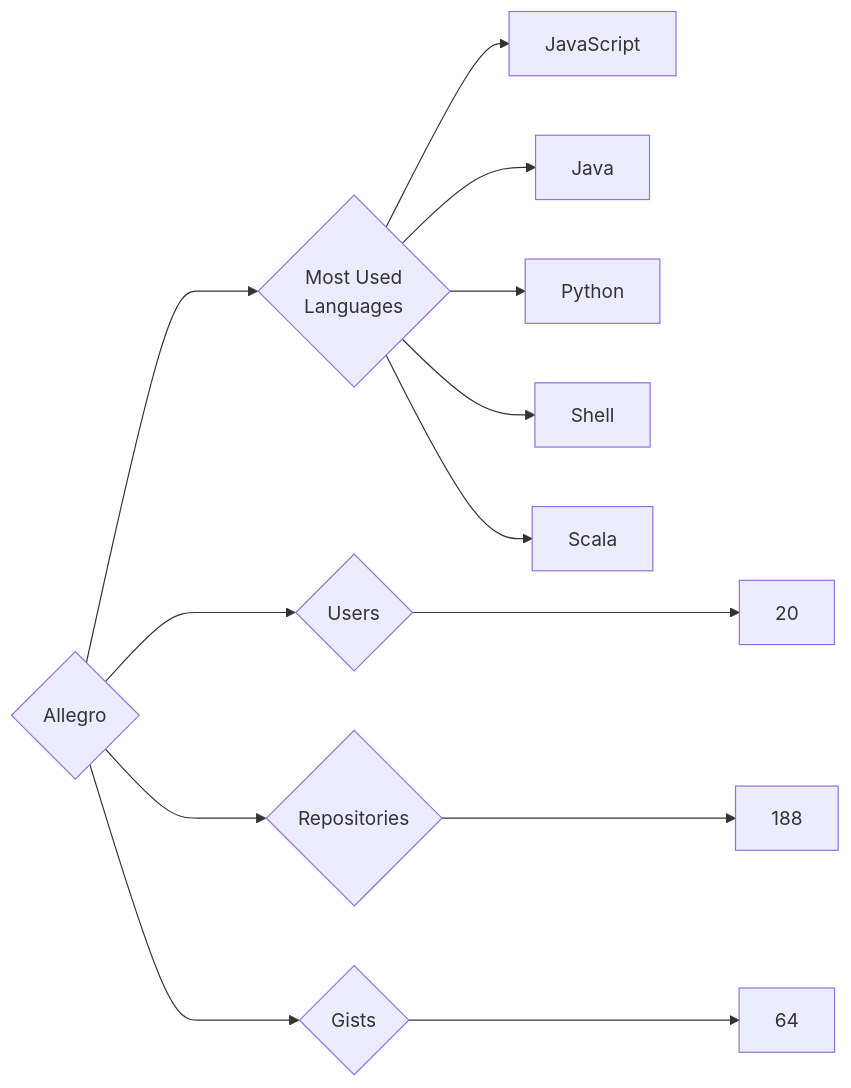
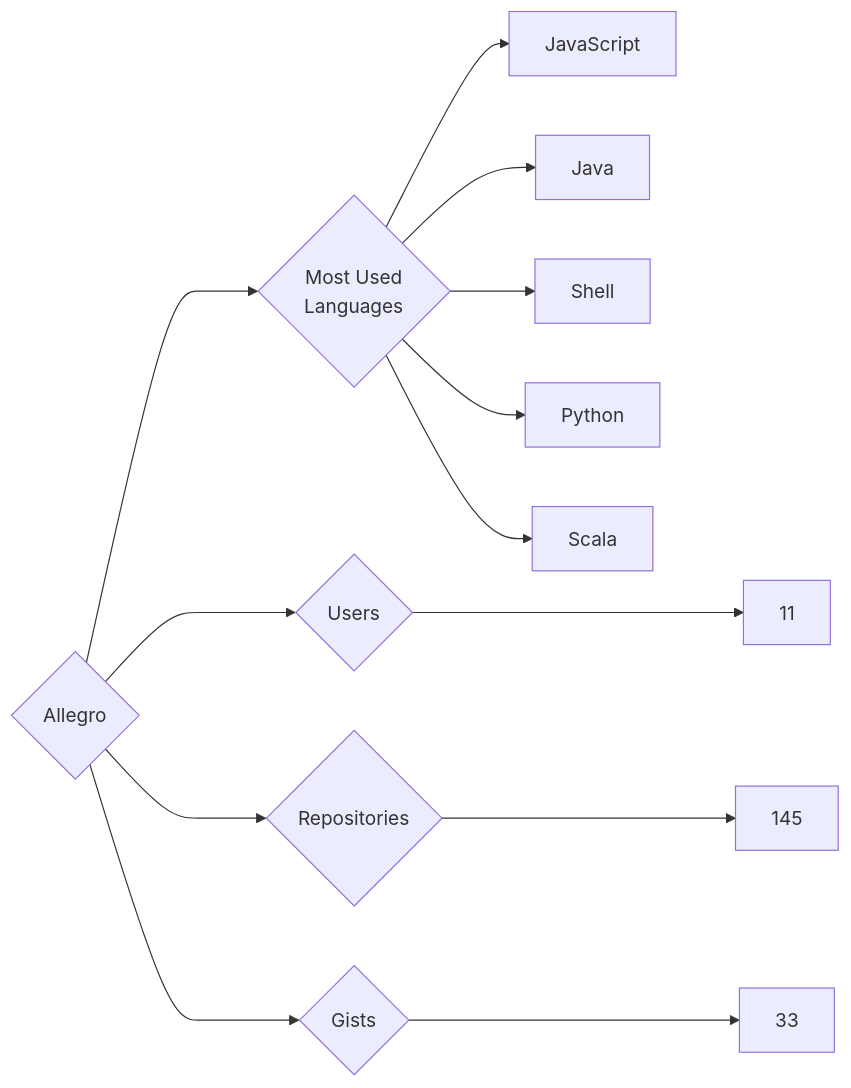
One commit to trickest/insiders changed the diagram in targets/Allegro/README.md. Above: the diagram before and after it, drawn with Mermaid. The commit also changed 888 other files, not shown here.

````diff
--- a/targets/Allegro/README.md
+++ b/targets/Allegro/README.md
@@ -3,13 +3,13 @@
 ```mermaid
 graph LR
 COMPANY_NAME{Allegro}
-COMPANY_NAME ---> U{Users} ---> UN[20]
-COMPANY_NAME ---> R{Repositories} ---> RN[188]
-COMPANY_NAME ---> G{Gists} ---> GN[64]
+COMPANY_NAME ---> U{Users} ---> UN[11]
+COMPANY_NAME ---> R{Repositories} ---> RN[145]
+COMPANY_NAME ---> G{Gists} ---> GN[33]
 COMPANY_NAME ---> ML{Most Used<br>Languages}
 ML --> JavaScript[JavaScript]
 ML --> Java[Java]
+ML --> Shell[Shell]
 ML --> Python[Python]
-ML --> Shell[Shell]
 ML --> Scala[Scala]
 ```
````
